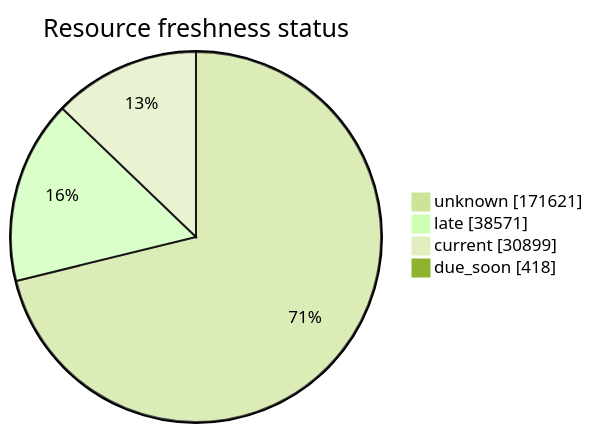
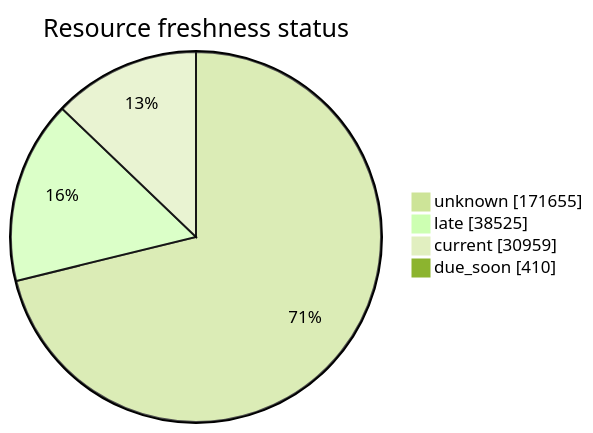
One commit to open-data/analytics-corporate-reporting changed the third of 5 diagrams in FreshCheck/README.md. Above: the diagram before and after it, drawn with Mermaid (forest theme). The commit also changed other lines of this file and 3 other files, not shown here.

````diff
--- a/FreshCheck/README.md
+++ b/FreshCheck/README.md
@@ -77,7 +77,7 @@
 ```mermaid
 pie showData title Resource freshness status
-    "unknown": 171621
-    "late": 38571
-    "current": 30899
-    "due_soon": 418
+    "unknown": 171655
+    "late": 38525
+    "current": 30959
+    "due_soon": 410
 ```
````
